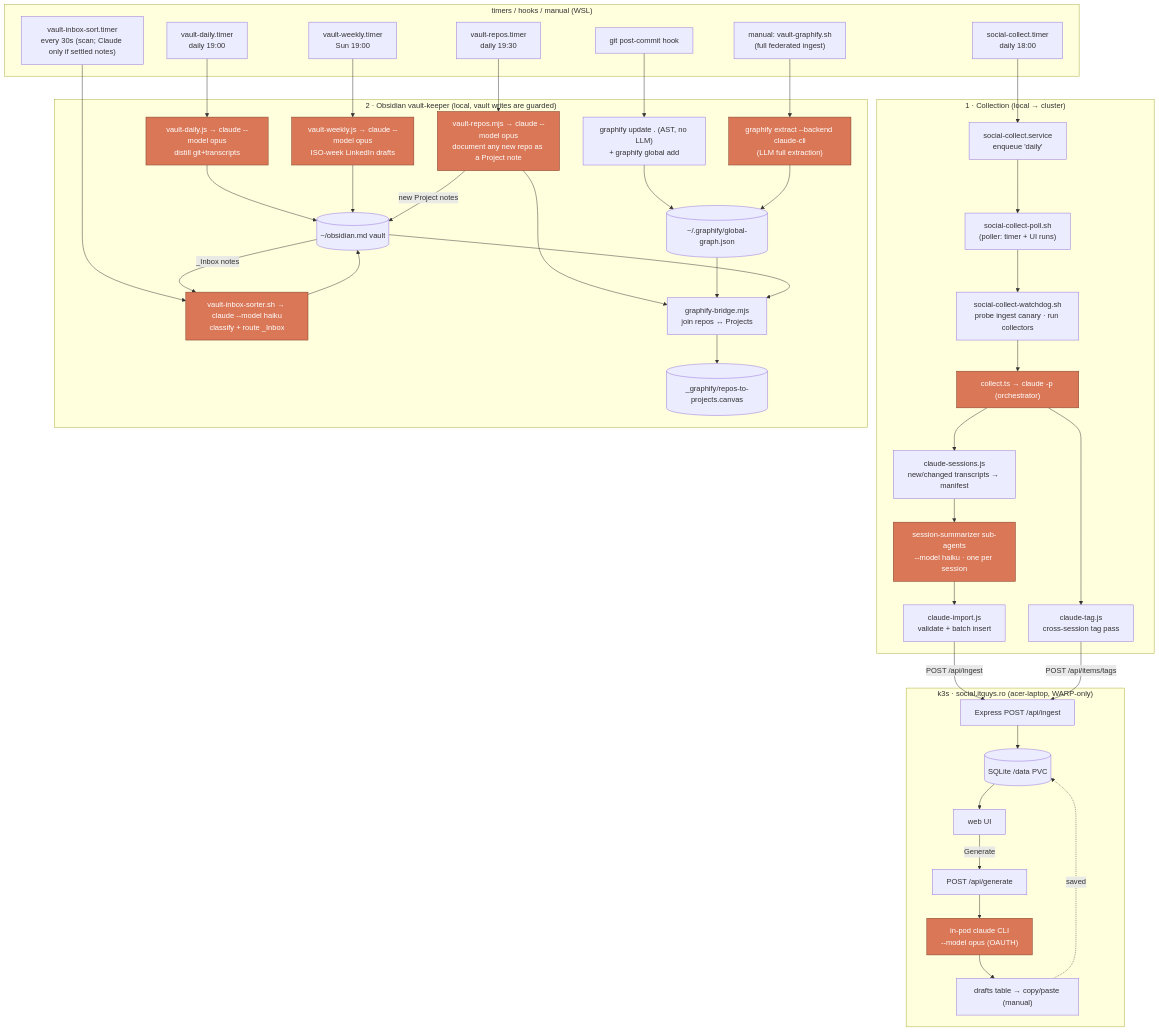
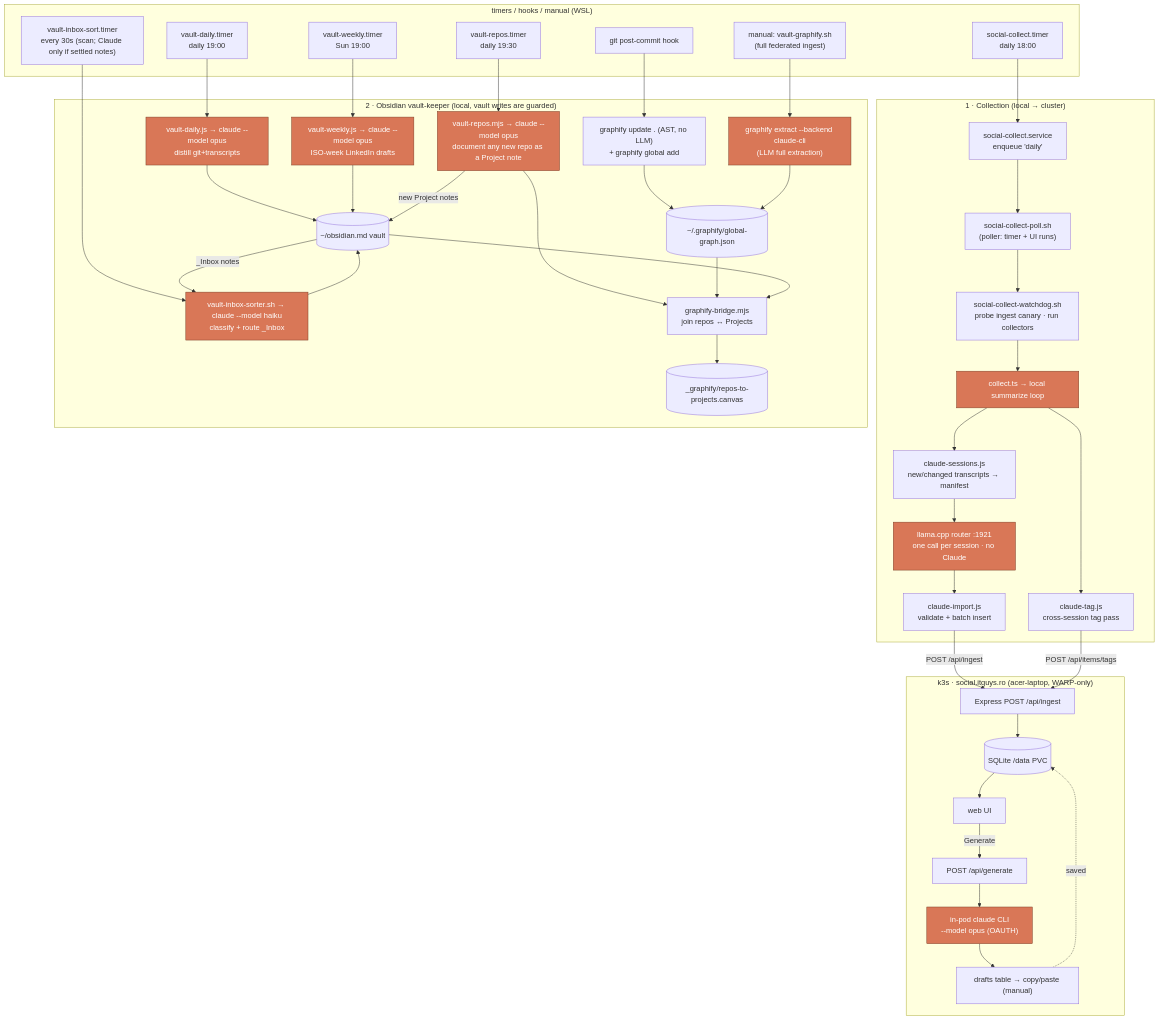
Before and after one commit to dustfeather/social-update: the diagram in README.md, drawn with Mermaid. The commit also changed other lines of this file and 14 other files, not shown here.

````diff
--- a/README.md
+++ b/README.md
@@ -41,73 +41,73 @@
 ```mermaid
 flowchart TB
     subgraph triggers["timers / hooks / manual (WSL)"]
         T1["social-collect.timer<br/>daily 18:00"]
         T2["vault-daily.timer<br/>daily 19:00"]
         T3["vault-weekly.timer<br/>Sun 19:00"]
         T4["vault-inbox-sort.timer<br/>every 30s (scan; Claude only if settled notes)"]
         T5["vault-repos.timer<br/>daily 19:30"]
         GH["git post-commit hook"]
         MAN["manual: vault-graphify.sh<br/>(full federated ingest)"]
     end
 
     %% ---------- Collection loop ----------
     subgraph collect["1 · Collection (local → cluster)"]
         SVC["social-collect.service<br/>enqueue 'daily'"]
         POLL["social-collect-poll.sh<br/>(poller: timer + UI runs)"]
         WD["social-collect-watchdog.sh<br/>probe ingest canary · run collectors"]
-        COL["collect.ts → claude -p (orchestrator)"]
+        COL["collect.ts → local summarize loop"]
         SCAN["claude-sessions.js<br/>new/changed transcripts → manifest"]
-        SUB["session-summarizer sub-agents<br/>--model haiku · one per session"]
+        SUB["llama.cpp router :1921<br/>one call per session · no Claude"]
         IMP["claude-import.js<br/>validate + batch insert"]
         TAG["claude-tag.js<br/>cross-session tag pass"]
     end
 
     subgraph cluster["k3s · social.itguys.ro (acer-laptop, WARP-only)"]
         ING["Express POST /api/ingest"]
         DB[("SQLite /data PVC")]
         UI["web UI"]
         GEN["POST /api/generate"]
         CLI["in-pod claude CLI<br/>--model opus (OAUTH)"]
         DRAFTS["drafts table → copy/paste (manual)"]
     end
 
     %% ---------- Obsidian vault-keeper ----------
     subgraph vault["2 · Obsidian vault-keeper (local, vault writes are guarded)"]
         VD["vault-daily.js → claude --model opus<br/>distill git+transcripts"]
         VW["vault-weekly.js → claude --model opus<br/>ISO-week LinkedIn drafts"]
         VI["vault-inbox-sorter.sh → claude --model haiku<br/>classify + route _Inbox"]
         VGH["graphify update . (AST, no LLM)<br/>+ graphify global add"]
         VGE["graphify extract --backend claude-cli<br/>(LLM full extraction)"]
         VR["vault-repos.mjs → claude --model opus<br/>document any new repo as a Project note"]
         BR["graphify-bridge.mjs<br/>join repos ↔ Projects"]
         OBS[("~/obsidian.md vault")]
         GRAPH[("~/.graphify/global-graph.json")]
         CANVAS[("_graphify/repos-to-projects.canvas")]
     end
 
     T1 --> SVC --> POLL
     POLL --> WD --> COL
     COL --> SCAN --> SUB --> IMP
     IMP -->|POST /api/ingest| ING
     COL --> TAG -->|POST /api/items/tags| ING
     ING --> DB
     DB --> UI
     UI -->|Generate| GEN --> CLI --> DRAFTS
     DRAFTS -.saved.-> DB
 
     T2 --> VD --> OBS
     T3 --> VW --> OBS
     T4 --> VI
     OBS -->|_Inbox notes| VI --> OBS
     GH --> VGH --> GRAPH
     MAN --> VGE --> GRAPH
     T5 --> VR
     VR -->|new Project notes| OBS
     VR --> BR
     GRAPH --> BR
     OBS --> BR
     BR --> CANVAS
 
     classDef claude fill:#d97757,stroke:#7a3b22,color:#fff;
     class CLI,VD,VW,VI,VGE,VR,COL,SUB claude;
 ```
````
